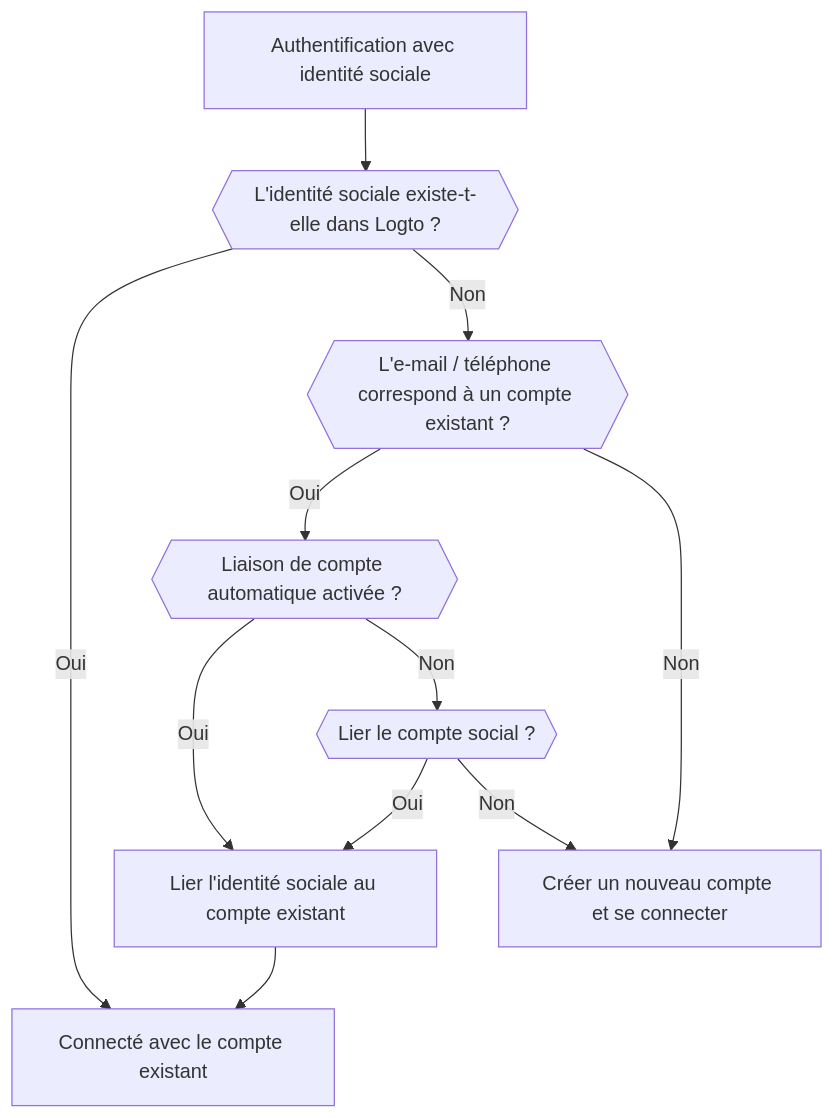
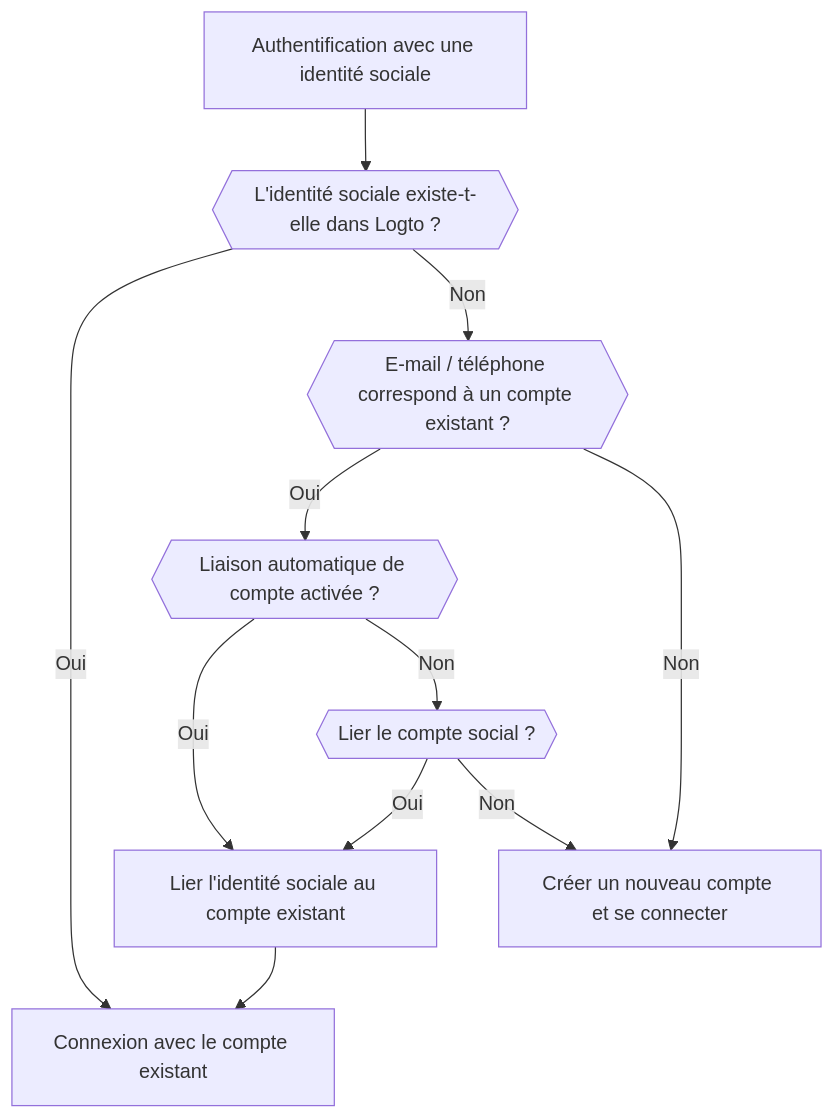
Before and after one commit to logto-io/docs: the second of 6 diagrams in i18n/fr/docusaurus-plugin-content-docs/current/end-user-flows/sign-up-and-sign-in/social-sign-in.mdx, drawn with Mermaid. The commit also changed other lines of this file and 59 other files, not shown here.

````diff
--- a/i18n/fr/docusaurus-plugin-content-docs/current/end-user-flows/sign-up-and-sign-in/social-sign-in.mdx
+++ b/i18n/fr/docusaurus-plugin-content-docs/current/end-user-flows/sign-up-and-sign-in/social-sign-in.mdx
@@ -105,13 +80,13 @@
     ```mermaid
     flowchart TD
-    A[Authentification avec identité sociale] --> B{{L'identité sociale existe-t-elle dans Logto ?}}
-    B -- Oui --> C[Connecté avec le compte existant]
-    B -- Non --> D{{L'e-mail / téléphone correspond à un compte existant ?}}
-    D -- Oui --> E{{Liaison de compte automatique activée ?}}
+    A[Authentification avec une identité sociale] --> B{{L'identité sociale existe-t-elle dans Logto ?}}
+    B -- Oui --> C[Connexion avec le compte existant]
+    B -- Non --> D{{E-mail / téléphone correspond à un compte existant ?}}
+    D -- Oui --> E{{Liaison automatique de compte activée ?}}
     E -- Oui --> G[Lier l'identité sociale au compte existant]
     G --> C
     D -- Non --> H[Créer un nouveau compte et se connecter]
     E -- Non --> I{{Lier le compte social ?}}
     I -- Oui --> G
     I -- Non --> H
     ```
````
